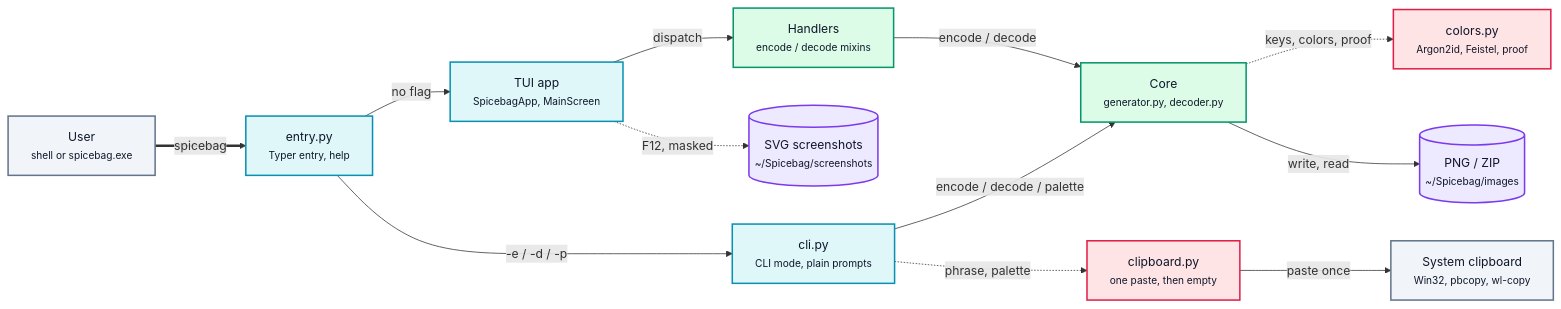
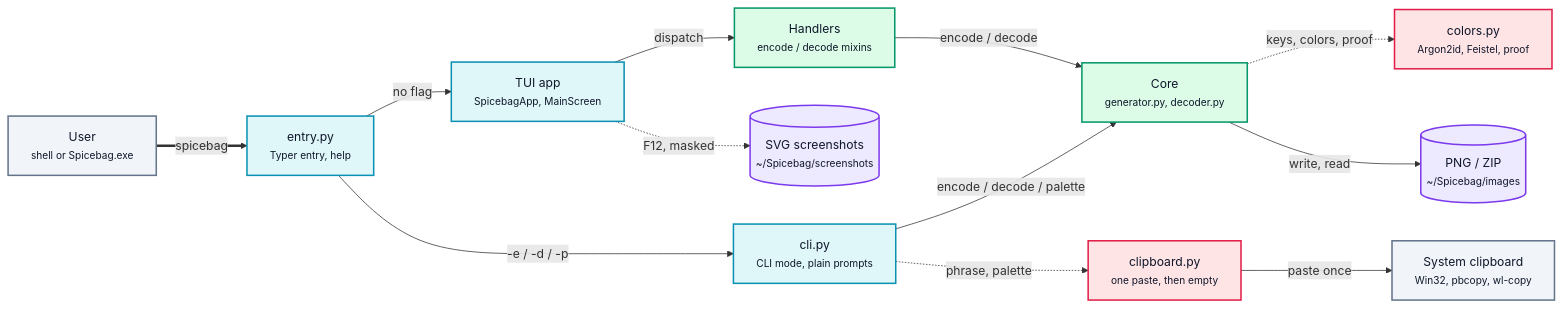
One commit to Enkhoder/Spicebag changed the diagram in docs/ARCHITECTURE.md. Above: the diagram before and after it, drawn with Mermaid. The commit also changed other lines of this file and 17 other files, not shown here.

````diff
--- a/docs/ARCHITECTURE.md
+++ b/docs/ARCHITECTURE.md
@@ -15,32 +15,32 @@
 ```mermaid
 flowchart LR
     classDef frontend fill:#E0F7FA,stroke:#0891B2,stroke-width:2px,color:#0F172A
     classDef backend fill:#DCFCE7,stroke:#059669,stroke-width:2px,color:#0F172A
     classDef store fill:#EDE9FE,stroke:#7C3AED,stroke-width:2px,color:#0F172A
     classDef security fill:#FFE4E6,stroke:#E11D48,stroke-width:2px,color:#0F172A
     classDef external fill:#F1F5F9,stroke:#64748B,stroke-width:2px,color:#0F172A
 
-    user["User<br/><small>shell or spicebag.exe</small>"]:::external
+    user["User<br/><small>shell or Spicebag.exe</small>"]:::external
     entry["entry.py<br/><small>Typer entry, help</small>"]:::frontend
     tui["TUI app<br/><small>SpicebagApp, MainScreen</small>"]:::frontend
     cli["cli.py<br/><small>CLI mode, plain prompts</small>"]:::frontend
     shots[("SVG screenshots<br/><small>~/Spicebag/screenshots</small>")]:::store
     handlers["Handlers<br/><small>encode / decode mixins</small>"]:::backend
     core["Core<br/><small>generator.py, decoder.py</small>"]:::backend
     colors["colors.py<br/><small>Argon2id, Feistel, proof</small>"]:::security
     files[("PNG / ZIP<br/><small>~/Spicebag/images</small>")]:::store
     clipboard["clipboard.py<br/><small>one paste, then empty</small>"]:::security
     sysclip["System clipboard<br/><small>Win32, pbcopy, wl-copy</small>"]:::external
 
     user ==>|spicebag| entry
     entry -->|no flag| tui
     entry -->|"-e / -d / -p"| cli
     tui -->|dispatch| handlers
     tui -.->|F12, masked| shots
     handlers -->|encode / decode| core
     cli -->|encode / decode / palette| core
     core -.->|keys, colors, proof| colors
     core -->|write, read| files
     cli -.->|phrase, palette| clipboard
     clipboard -->|paste once| sysclip
 ```
````
